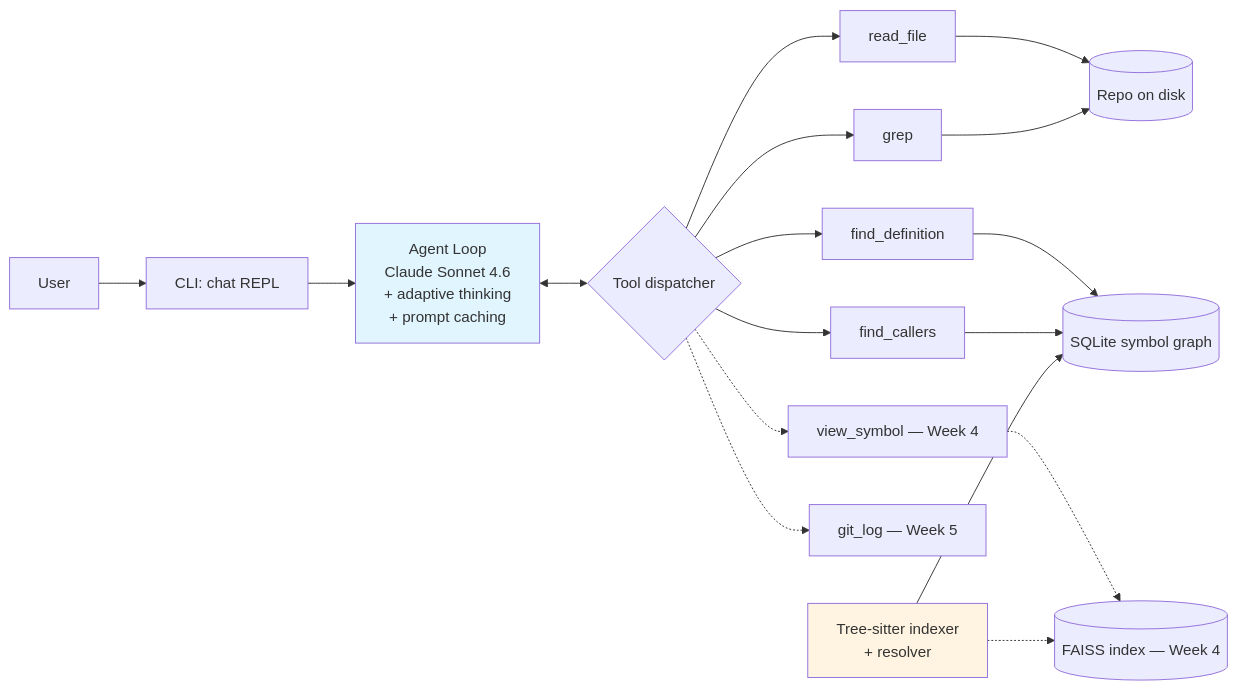
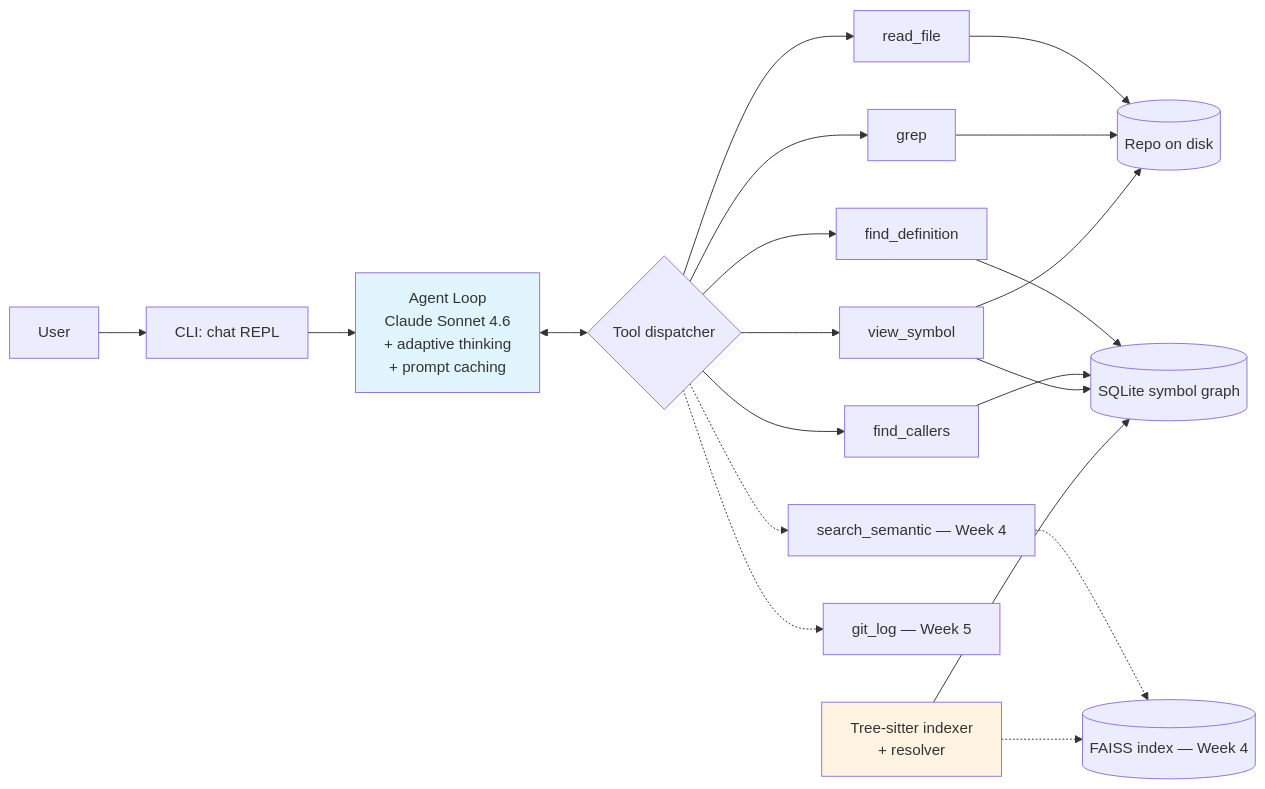
Before and after one commit to Kasho323/codebase-explainer-agent: the diagram in README.md, drawn with Mermaid. The commit also changed other lines of this file and 5 other files, not shown here.

````diff
--- a/README.md
+++ b/README.md
@@ -37,25 +37,28 @@
 ```mermaid
 graph LR
     User[User] --> CLI[CLI: chat REPL]
     CLI --> Agent[Agent Loop<br/>Claude Sonnet 4.6<br/>+ adaptive thinking<br/>+ prompt caching]
 
     Agent <--> Tools{Tool dispatcher}
     Tools --> T1[read_file]
     Tools --> T2[grep]
     Tools --> T3[find_definition]
     Tools --> T4[find_callers]
-    Tools -.-> T5[view_symbol — Week 4]
-    Tools -.-> T6[git_log — Week 5]
+    Tools --> T5[view_symbol]
+    Tools -.-> T6[search_semantic — Week 4]
+    Tools -.-> T7[git_log — Week 5]
 
     T1 --> Files[(Repo on disk)]
     T2 --> Files
     T3 --> Symbols[(SQLite symbol graph)]
     T4 --> Symbols
-    T5 -.-> Vectors[(FAISS index — Week 4)]
+    T5 --> Symbols
+    T5 --> Files
+    T6 -.-> Vectors[(FAISS index — Week 4)]
 
     Indexer[Tree-sitter indexer<br/>+ resolver] --> Symbols
     Indexer -.-> Vectors
 
     style Agent fill:#e1f5ff
     style Indexer fill:#fff4e1
 ```
````
